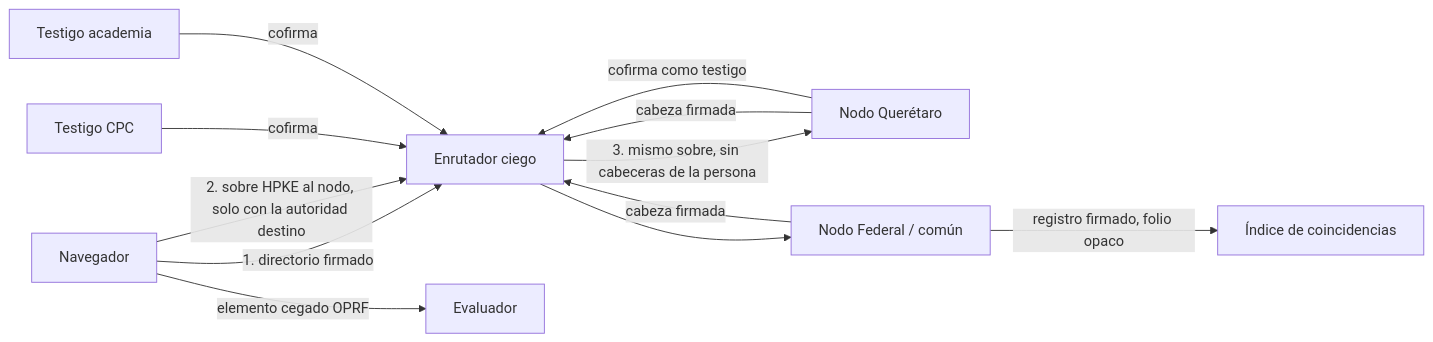
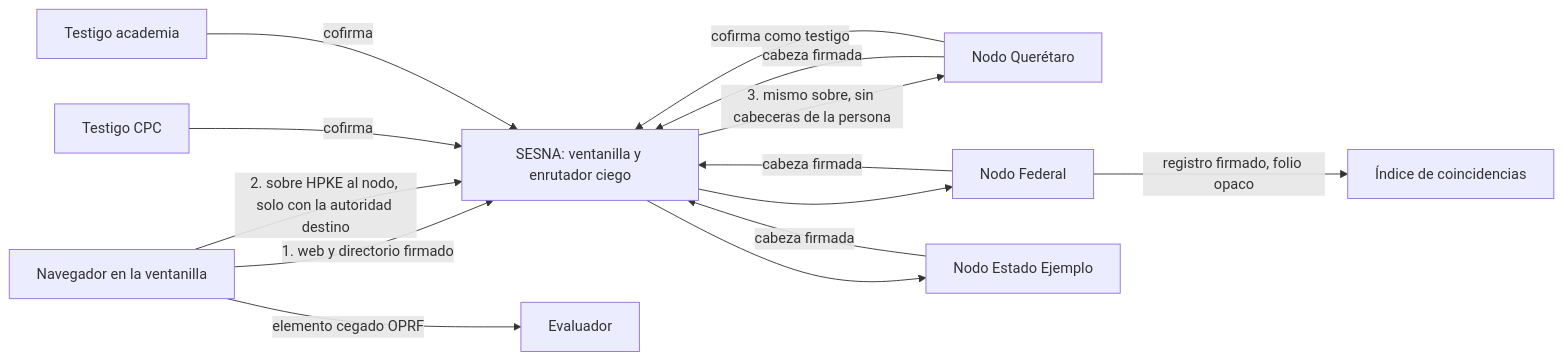
One commit to GuilleOp/sigilo-s5 changed the sixth of 6 diagrams in docs/arquitectura.md. Above: the diagram before and after it, drawn with Mermaid. The commit also changed other lines of this file and 9 other files, not shown here.

First line of the commit message:
docs: ventanilla única en la SESNA, un nodo por estado y tabla de funciones

````diff
--- a/docs/arquitectura.md
+++ b/docs/arquitectura.md
@@ -242,14 +255,16 @@
 ```mermaid
 flowchart LR
-  N[Navegador] -- 1. directorio firmado --> R[Enrutador ciego]
+  N[Navegador en la ventanilla] -- 1. web y directorio firmado --> R[SESNA: ventanilla y enrutador ciego]
   N -- 2. sobre HPKE al nodo, solo con la autoridad destino --> R
   R -- 3. mismo sobre, sin cabeceras de la persona --> Q[Nodo Querétaro]
-  R --> F[Nodo Federal / común]
+  R --> F[Nodo Federal]
+  R --> X[Nodo Estado Ejemplo]
   Q -- cabeza firmada --> R
   F -- cabeza firmada --> R
+  X -- cabeza firmada --> R
   T1[Testigo CPC] -- cofirma --> R
   T2[Testigo academia] -- cofirma --> R
   Q -- cofirma como testigo --> R
   F -- registro firmado, folio opaco --> I[Índice de coincidencias]
   N -- elemento cegado OPRF --> E[Evaluador]
 ```
````
